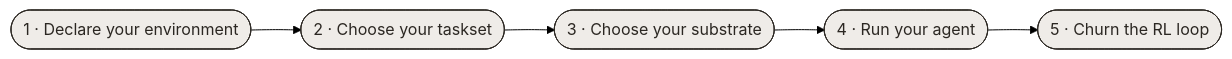
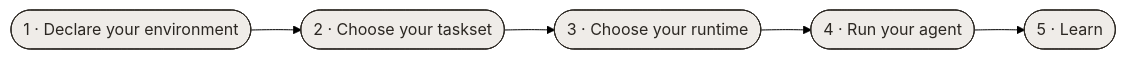
The diagram in docs/v6/index.mdx (hud-evals/hud-python), drawn with Mermaid (forest theme) before and after one commit. The commit also changed other lines of this file and 2 other files, not shown here.

````diff
--- a/docs/v6/index.mdx
+++ b/docs/v6/index.mdx
@@ -12,14 +36,14 @@
 ```mermaid
 flowchart LR
-    A(["1#160;·#160;Declare#160;your#160;environment"]) --> B(["2 · Choose your taskset"]) --> C(["3 · Choose your substrate"]) --> D(["4 · Run your agent"]) --> E(["5 · Churn the RL loop"])
+    A(["1#160;·#160;Declare#160;your#160;environment"]) --> B(["2 · Choose your taskset"]) --> C(["3 · Choose your runtime"]) --> D(["4 · Run your agent"]) --> E(["5 · Learn"])
     classDef s1 fill:#efece8,stroke:#2b2722,stroke-width:1px,color:#2b2722;
     classDef s2 fill:#efece8,stroke:#2b2722,stroke-width:1px,color:#2b2722;
     classDef s3 fill:#efece8,stroke:#2b2722,stroke-width:1px,color:#2b2722;
     classDef s4 fill:#efece8,stroke:#2b2722,stroke-width:1px,color:#2b2722;
     classDef s5 fill:#efece8,stroke:#2b2722,stroke-width:1px,color:#2b2722;
     class A s1;
     class B s2;
     class C s3;
     class D s4;
     class E s5;
 ```
````
